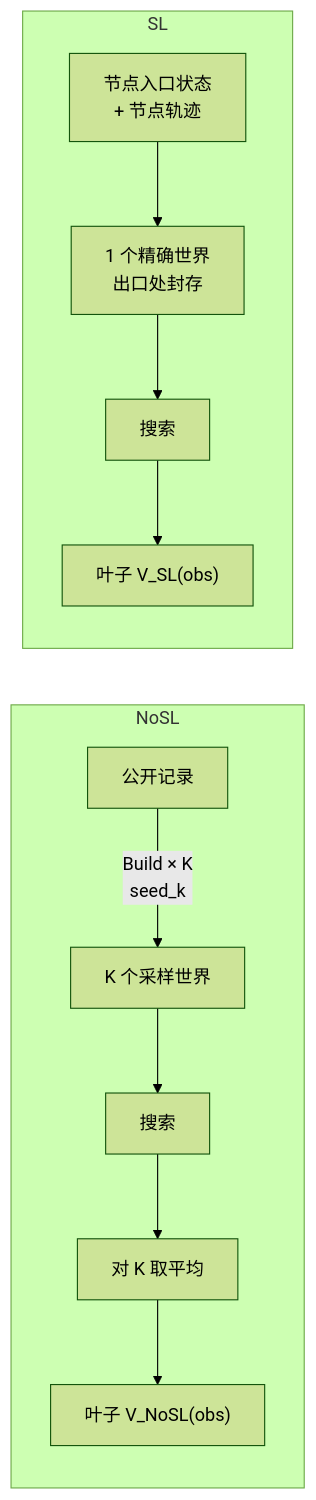
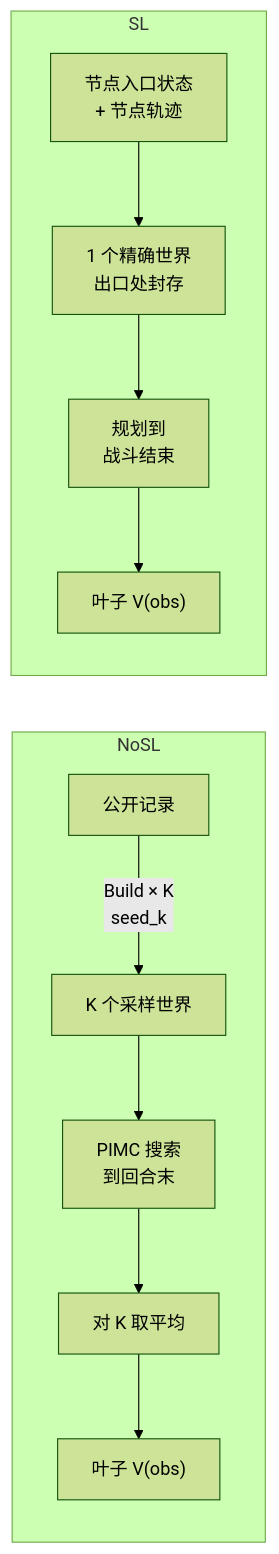
Before and after one commit to shinnku-nikaidou/spire-zero: the diagram in docs/src/content/docs/arch/environments.mdx, drawn with Mermaid (forest theme). The commit also changed other lines of this file and 17 other files, not shown here.

````diff
--- a/docs/src/content/docs/arch/environments.mdx
+++ b/docs/src/content/docs/arch/environments.mdx
@@ -105,11 +105,11 @@
 ```mermaid
 flowchart LR
   subgraph NoSL
     R["公开记录"] -->|"Build × K<br/>seed_k"| W["K 个采样世界"]
-    W --> S1["搜索"] --> A["对 K 取平均"] --> L1["叶子 V_NoSL(obs)"]
+    W --> S1["PIMC 搜索<br/>到回合末"] --> A["对 K 取平均"] --> L1["叶子 V(obs)"]
   end
   subgraph SL
     E["节点入口状态<br/>+ 节点轨迹"] --> C["1 个精确世界<br/>出口处封存"]
-    C --> S2["搜索"] --> L2["叶子 V_SL(obs)"]
+    C --> S2["规划到<br/>战斗结束"] --> L2["叶子 V(obs)"]
   end
 ```
````
